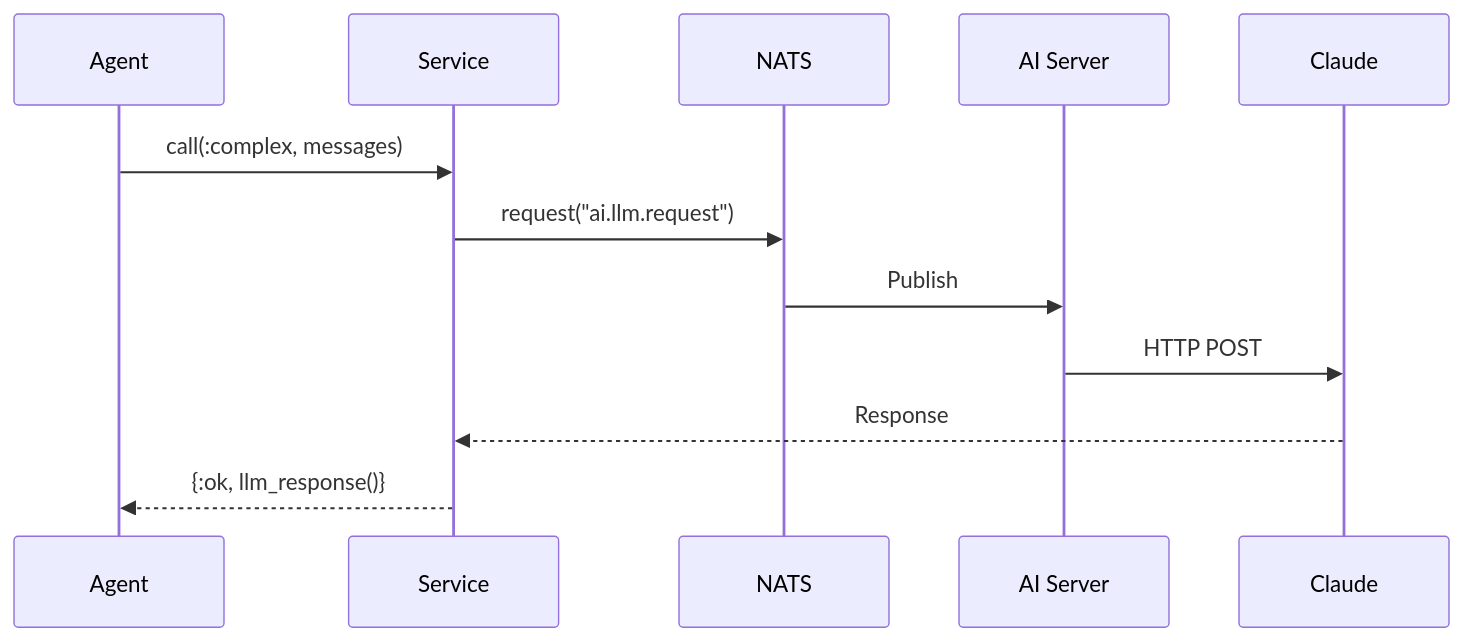
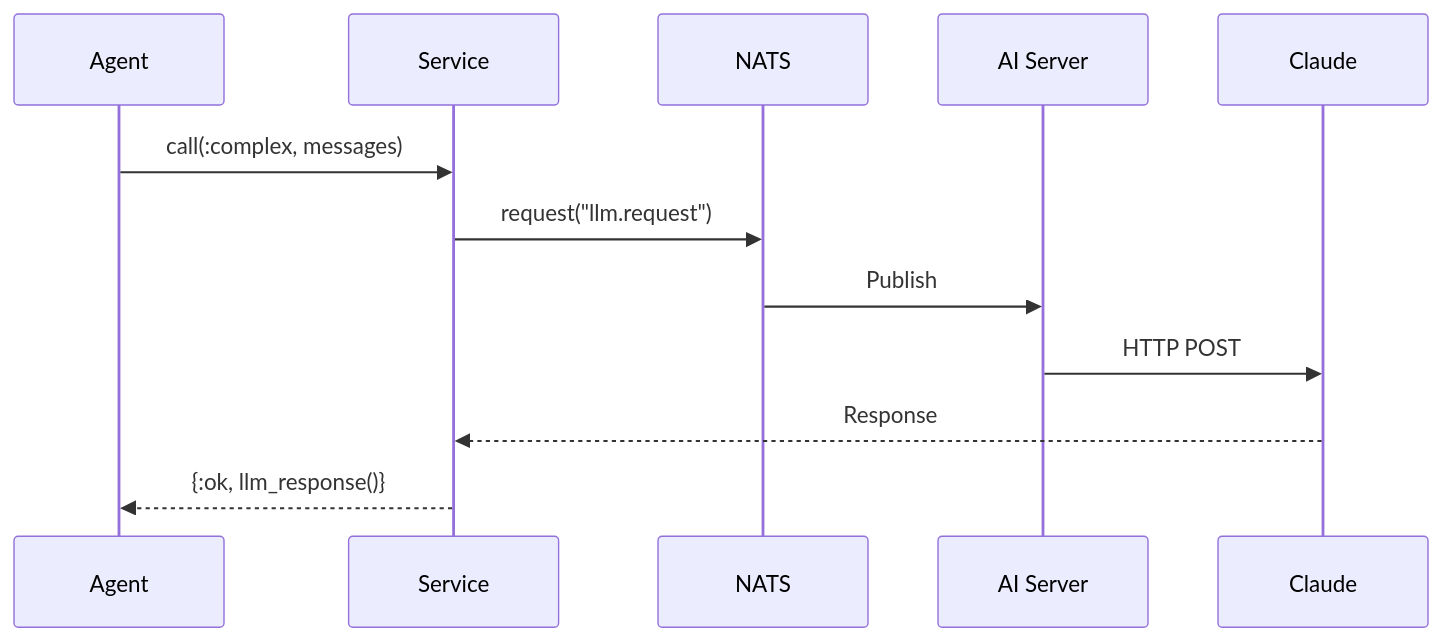
One commit to mikkihugo/ex_llm changed the sixth of 6 diagrams in docs/guides/OPTIMAL_AI_DOCUMENTATION_PATTERN.md. Above: the diagram before and after it, drawn with Mermaid. The commit also changed other lines of this file and 9 other files, not shown here.

````diff
--- a/docs/guides/OPTIMAL_AI_DOCUMENTATION_PATTERN.md
+++ b/docs/guides/OPTIMAL_AI_DOCUMENTATION_PATTERN.md
@@ -316,9 +316,9 @@
   ```mermaid
   sequenceDiagram
       Agent->>Service: call(:complex, messages)
-      Service->>NATS: request("ai.llm.request")
+      Service->>NATS: request("llm.request")
       NATS->>AI Server: Publish
       AI Server->>Claude: HTTP POST
       Claude-->>Service: Response
       Service-->>Agent: {:ok, llm_response()}
   ```
````
